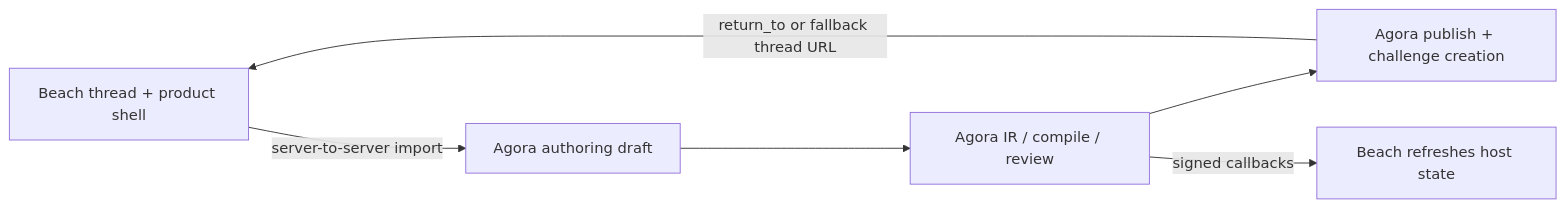
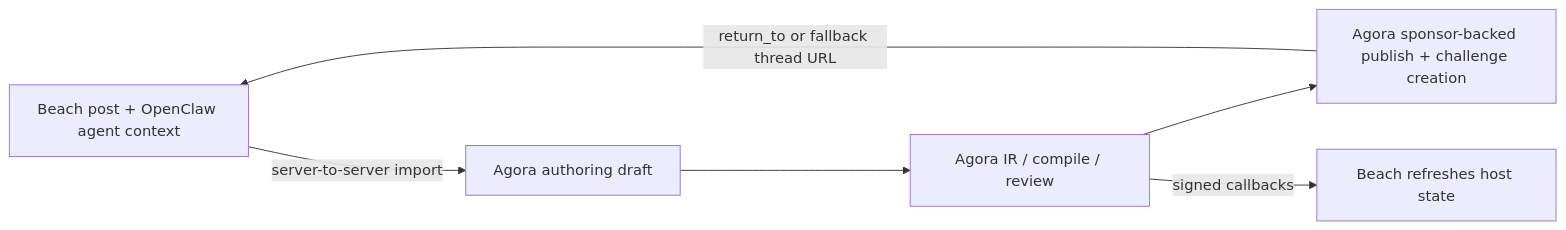
One commit to andymolecule/Agora changed the diagram in docs/beach-integration.md. Above: the diagram before and after it, drawn with Mermaid. The commit also changed other lines of this file and 45 other files, not shown here.

Commit message:
Implement OpenClaw-first sponsored Beach flow

````diff
--- a/docs/beach-integration.md
+++ b/docs/beach-integration.md
@@ -44,14 +53,14 @@
 ```mermaid
 flowchart LR
-    Beach["Beach thread + product shell"]
+    Beach["Beach post + OpenClaw agent context"]
     AgoraDraft["Agora authoring draft"]
     AgoraCompile["Agora IR / compile / review"]
-    AgoraPublish["Agora publish + challenge creation"]
+    AgoraPublish["Agora sponsor-backed publish + challenge creation"]
     BeachRefresh["Beach refreshes host state"]
 
     Beach -->|"server-to-server import"| AgoraDraft
     AgoraDraft --> AgoraCompile
     AgoraCompile --> AgoraPublish
     AgoraCompile -->|"signed callbacks"| BeachRefresh
     AgoraPublish -->|"return_to or fallback thread URL"| Beach
 ```
````
